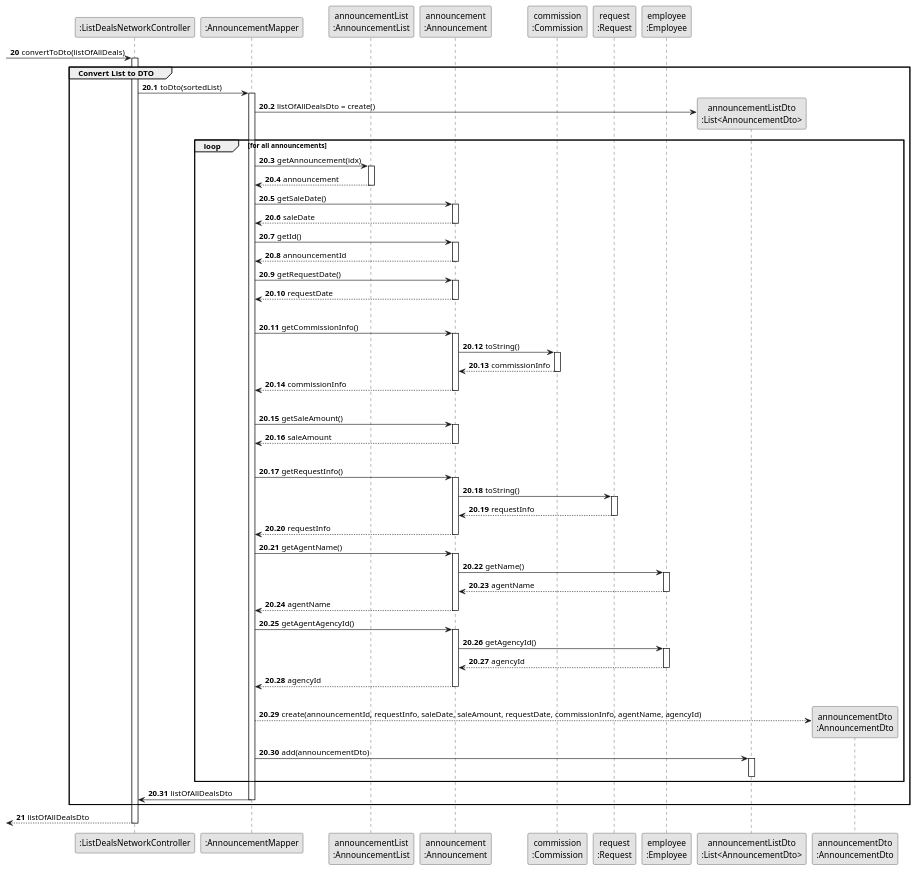
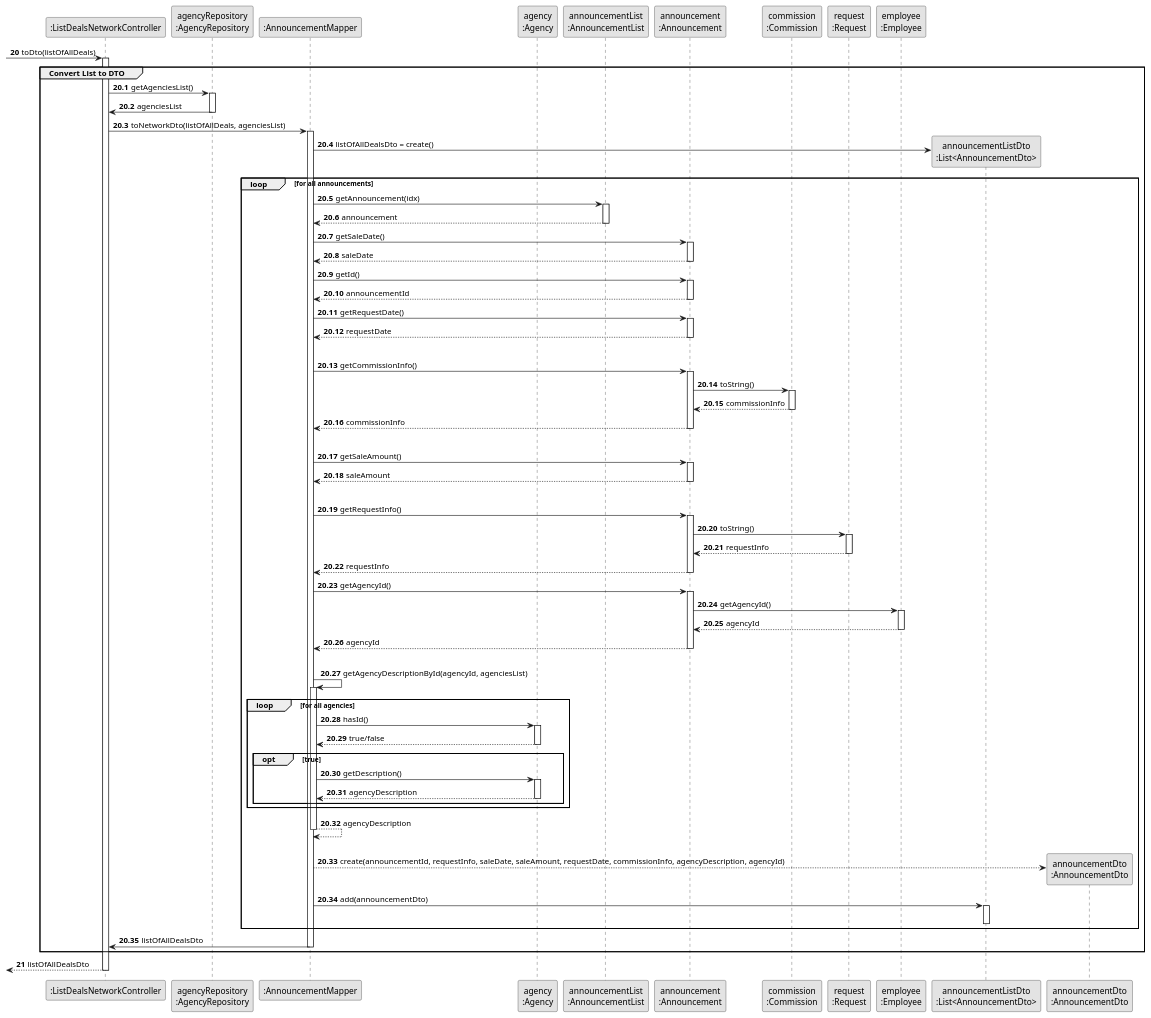
One commit to rita-barbosa/LAPR2-2223 changed the diagram in docs/sprintD/us017/03.design/puml/us017-sequence-diagram-partial-convert-list-to-dto.puml. Above: the diagram before and after it, drawn with PlantUML. The commit also changed 3 other files, not shown here.

Commit message:
SD and Class Diagram update [US017] [Design]

```diff
--- a/docs/sprintD/us017/03.design/puml/us017-sequence-diagram-partial-convert-list-to-dto.puml
+++ b/docs/sprintD/us017/03.design/puml/us017-sequence-diagram-partial-convert-list-to-dto.puml
@@ -1,170 +1,153 @@
 @startuml
 skinparam monochrome true
 skinparam packageStyle rectangle
 skinparam shadowing false
 
 'hide footbox
 participant ":ListDealsNetworkController" as CTRL
+participant "agencyRepository\n:AgencyRepository" as AgencyRepository
 participant ":AnnouncementMapper" as MAPPER
+participant "agency\n:Agency" as AGC
 participant "announcementList\n:AnnouncementList" as ANNOUNCELIST
 participant "announcement\n:Announcement" as ANNOUNCE
 participant "commission\n:Commission" as COMMISSION
-'participant "orderList\n:OrderList" as ORDERLIST
-'participant "order\n:Order" as ORDER
 participant "request\n:Request" as REQUEST
 participant "employee\n:Employee" as EMPLOYEE
 participant "announcementListDto\n:List<AnnouncementDto>" as LISTDTO
 participant "announcementDto\n:AnnouncementDto" as ANCDTO
 
 autonumber 20
 
-    -> CTRL : convertToDto(listOfAllDeals)
+    -> CTRL : toDto(listOfAllDeals)
 
     activate CTRL
 
 group Convert List to DTO
 
     autonumber 20.1
 
-       CTRL -> MAPPER : toDto(sortedList)
+        CTRL -> AgencyRepository : getAgenciesList()
+        activate AgencyRepository
+
+        AgencyRepository -> CTRL : agenciesList
+        deactivate AgencyRepository
+
+       CTRL -> MAPPER : toNetworkDto(listOfAllDeals, agenciesList)
         activate MAPPER
 
         MAPPER -> LISTDTO** : listOfAllDealsDto = create()
 
         loop for all announcements
 
         MAPPER -> ANNOUNCELIST : getAnnouncement(idx)
         activate ANNOUNCELIST
 
             ANNOUNCELIST --> MAPPER : announcement
         deactivate ANNOUNCELIST
 
         MAPPER -> ANNOUNCE : getSaleDate()
         activate ANNOUNCE
 
             ANNOUNCE --> MAPPER : saleDate
         deactivate ANNOUNCE
 
         MAPPER -> ANNOUNCE : getId()
         activate ANNOUNCE
 
         ANNOUNCE --> MAPPER : announcementId
         deactivate ANNOUNCE
 
         MAPPER -> ANNOUNCE : getRequestDate()
         activate ANNOUNCE
 
         ANNOUNCE --> MAPPER : requestDate
         deactivate ANNOUNCE
 |||
         MAPPER -> ANNOUNCE : getCommissionInfo()
         activate ANNOUNCE
 
             ANNOUNCE -> COMMISSION : toString()
             activate COMMISSION
 
                 COMMISSION --> ANNOUNCE : commissionInfo
             deactivate COMMISSION
 
         ANNOUNCE --> MAPPER : commissionInfo
         deactivate ANNOUNCE
 |||
 
         MAPPER -> ANNOUNCE : getSaleAmount()
         activate ANNOUNCE
-'
-'        ANNOUNCE -> ORDERLIST : getFinalSalePrice()
-'                activate ORDERLIST
-'
-'                    loop for all orders
-'
-'                         ORDERLIST -> ORDER : getAcceptanceAnswer()
-'
-'                            activate ORDER
-'
-'                                ORDER --> ORDERLIST : saleDate
-'                                deactivate ORDER
-'
-'                                opt acceptanceAnswer = "accept"
-'
-'                                    ORDERLIST -> ORDER : getOrderAmount()
-'                                    activate ORDER
-'
-'                                end opt
-'                    end loop
-'
-'                            ORDER --> ORDERLIST : orderAmount
-'                        deactivate ORDER
-'
-'                        ORDERLIST --> ANNOUNCE : salePrice
-'                deactivate ORDERLIST
 
             ANNOUNCE --> MAPPER : saleAmount
         deactivate ANNOUNCE
 
 |||
         MAPPER -> ANNOUNCE : getRequestInfo()
         activate ANNOUNCE
 
             ANNOUNCE -> REQUEST : toString()
             activate REQUEST
 
                 REQUEST --> ANNOUNCE : requestInfo
             deactivate REQUEST
 
             ANNOUNCE --> MAPPER : requestInfo
         deactivate ANNOUNCE
-  
-        MAPPER -> ANNOUNCE : getAgentName()
-        activate ANNOUNCE
 
-            ANNOUNCE -> EMPLOYEE : getName()
-            activate EMPLOYEE
-
-                EMPLOYEE --> ANNOUNCE : agentName
-            deactivate EMPLOYEE
-
-            ANNOUNCE --> MAPPER : agentName
-        deactivate ANNOUNCE
-
-'        MAPPER -> ANNOUNCE : getAgentTaxNumber()
-'         activate ANNOUNCE
-'
-'        ANNOUNCE --> MAPPER : agentTaxNumberNumber
-'        deactivate ANNOUNCE
-
-        MAPPER -> ANNOUNCE : getAgentAgencyId()
+        MAPPER -> ANNOUNCE : getAgencyId()
         activate ANNOUNCE
 
             ANNOUNCE -> EMPLOYEE : getAgencyId()
             activate EMPLOYEE
 
                 EMPLOYEE --> ANNOUNCE : agencyId
             deactivate EMPLOYEE
 
         ANNOUNCE --> MAPPER : agencyId
         deactivate ANNOUNCE
 |||
+        MAPPER -> MAPPER : getAgencyDescriptionById(agencyId, agenciesList)
+        activate MAPPER
 
-        'CHECK TAX NUMBER
+        loop for all agencies
 
-        MAPPER --> ANCDTO**: create(announcementId, requestInfo, saleDate, saleAmount, requestDate, commissionInfo, agentName, agencyId)
+         MAPPER -> AGC : hasId()
+         activate AGC
+
+         AGC --> MAPPER : true/false
+         deactivate AGC
+
+         opt true
+              MAPPER -> AGC : getDescription()
+             activate AGC
+
+             AGC --> MAPPER : agencyDescription
+             deactivate AGC
+         end opt
+
+        end loop
+
+            MAPPER --> MAPPER : agencyDescription
+        deactivate MAPPER
+|||
+        MAPPER --> ANCDTO**: create(announcementId, requestInfo, saleDate, saleAmount, requestDate, commissionInfo, agencyDescription, agencyId)
 
         MAPPER -> LISTDTO : add(announcementDto)
         activate LISTDTO
         deactivate LISTDTO
 
         end loop
 
         MAPPER -> CTRL : listOfAllDealsDto
         deactivate MAPPER
 
 end group
 
     autonumber 21
 
     <-- CTRL : listOfAllDealsDto
 
     deactivate CTRL
 
 @enduml
```
